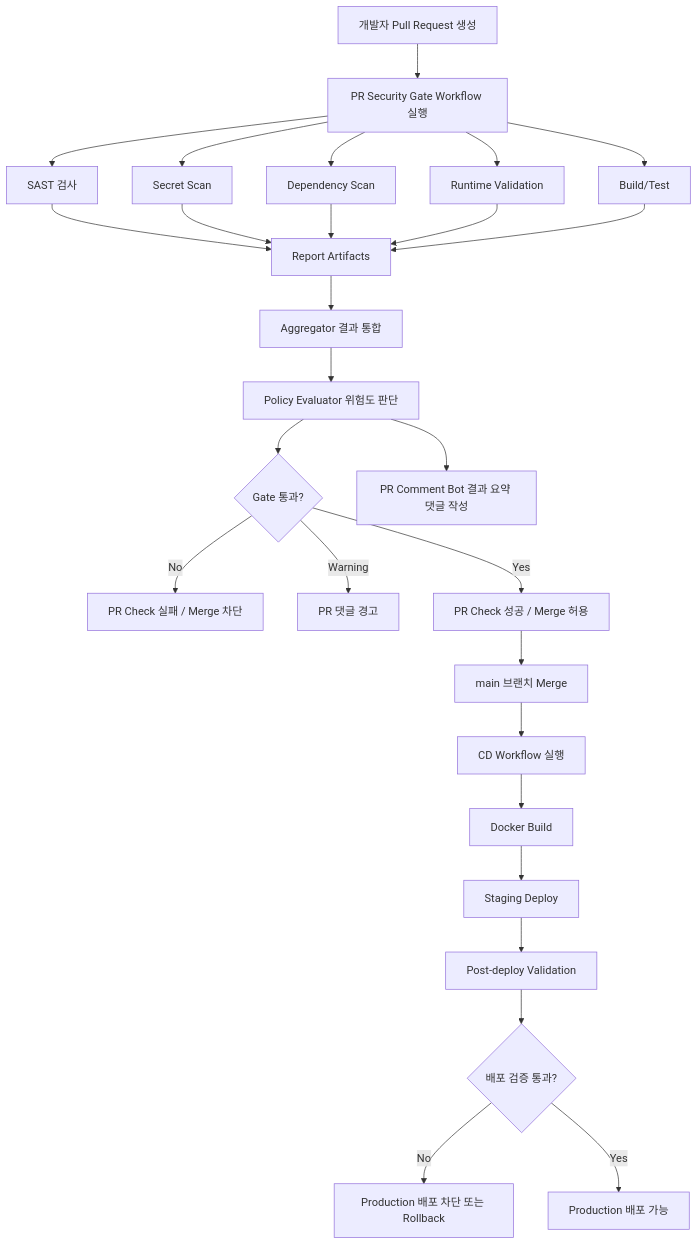
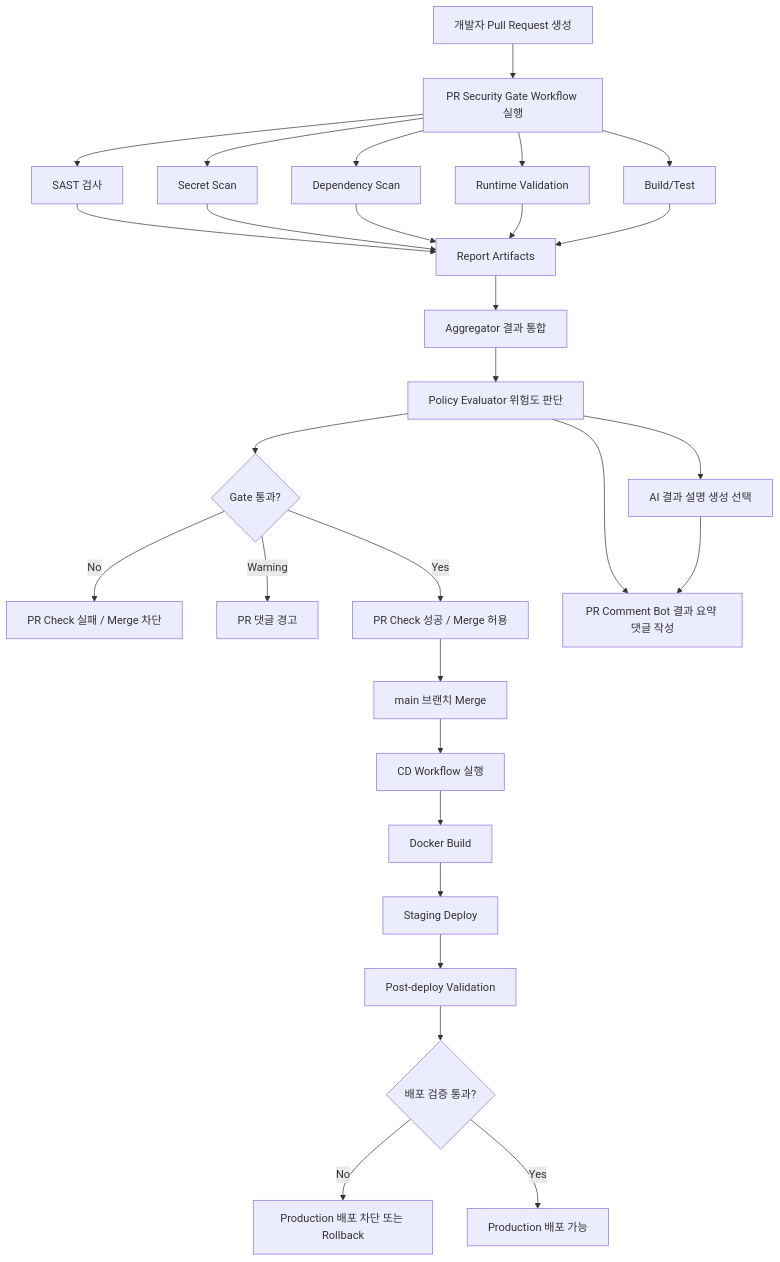
One commit to KT-TECHUP-PROJECT5/secure_gate changed the diagram in README.md. Above: the diagram before and after it, drawn with Mermaid. The commit also changed other lines of this file and 15 other files, not shown here.

````diff
--- a/README.md
+++ b/README.md
@@ -28,37 +28,39 @@
 ```mermaid
 flowchart TD
     A[개발자 Pull Request 생성] --> B[PR Security Gate Workflow 실행]
 
     B --> C[Build/Test]
     B --> D[SAST 검사]
     B --> E[Secret Scan]
     B --> F[Dependency Scan]
     B --> G[Runtime Validation]
 
     D --> H[Report Artifacts]
     E --> H
     F --> H
     G --> H
     C --> H
 
     H --> I[Aggregator 결과 통합]
     I --> J[Policy Evaluator 위험도 판단]
 
     J --> K{Gate 통과?}
 
     K -- No --> L[PR Check 실패 / Merge 차단]
     K -- Warning --> M[PR 댓글 경고]
     K -- Yes --> N[PR Check 성공 / Merge 허용]
 
+    J --> X[AI 결과 설명 생성 선택]
     J --> O[PR Comment Bot 결과 요약 댓글 작성]
+    X --> O
 
     N --> P[main 브랜치 Merge]
     P --> Q[CD Workflow 실행]
     Q --> R[Docker Build]
     R --> S[Staging Deploy]
     S --> T[Post-deploy Validation]
     T --> U{배포 검증 통과?}
 
     U -- No --> V[Production 배포 차단 또는 Rollback]
     U -- Yes --> W[Production 배포 가능]
 ```
````
